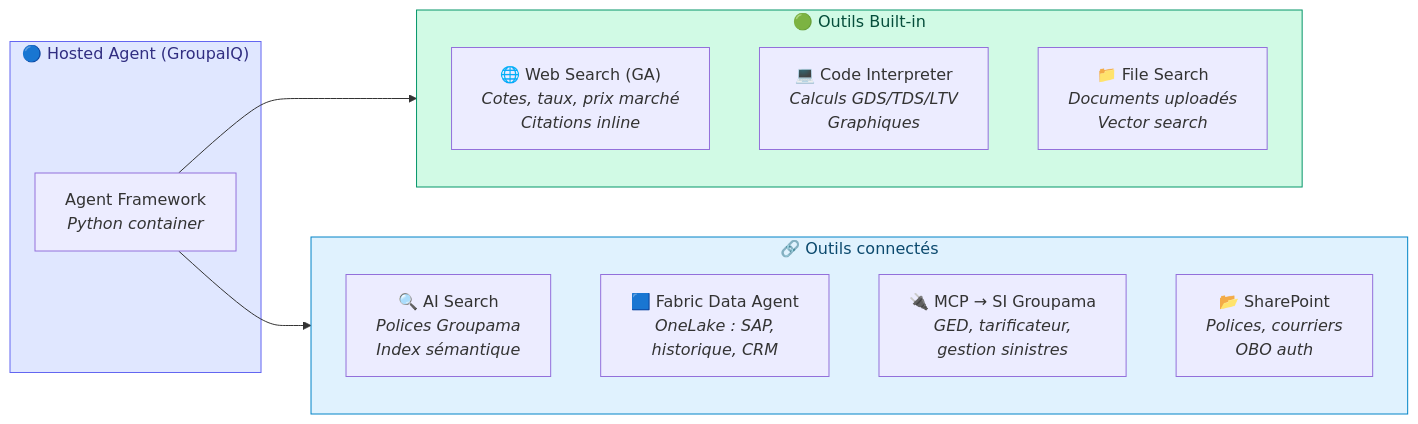
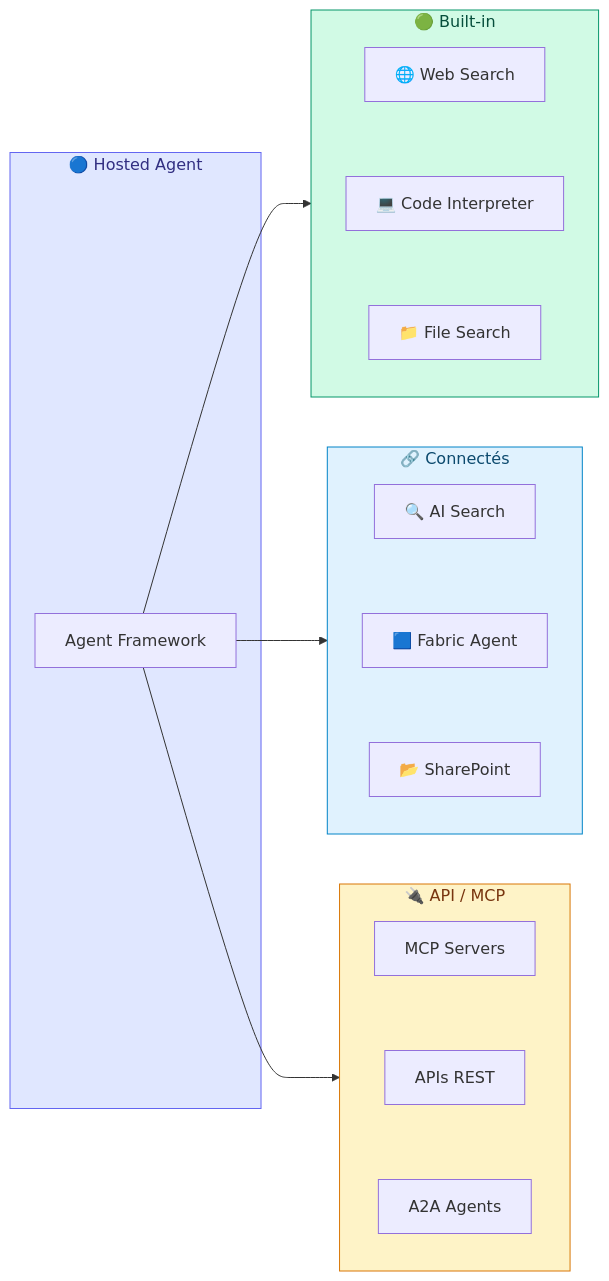
Diagram 11 of 20 in docs/ARCHITECTURE-AGENTIC-V2-TARGET.md (olivMertens/WorkbenchIQ), drawn with Mermaid before and after one commit. The commit also changed other lines of this file and 6 other files, not shown here.

First line of the commit message:
Architecture docs: hybrid strategy, HITL, FAQ data locality, pipeline detail, PDF generator

````diff
--- a/docs/ARCHITECTURE-AGENTIC-V2-TARGET.md
+++ b/docs/ARCHITECTURE-AGENTIC-V2-TARGET.md
@@ -668,28 +508,20 @@
 ```mermaid
 graph LR
-    subgraph HOSTED_AGENT["🔵 Hosted Agent (GroupaIQ)"]
-        AGENT["Agent Framework<br/><i>Python container</i>"]
+    subgraph AGENT["🔵 Hosted Agent"]
+        AF["Agent Framework"]
     end
-
-    subgraph BUILTIN["🟢 Outils Built-in"]
-        direction TB
-        WS["🌐 Web Search (GA)<br/><i>Cotes, taux, prix marché<br/>Citations inline</i>"]
-        CI["💻 Code Interpreter<br/><i>Calculs GDS/TDS/LTV<br/>Graphiques</i>"]
-        FS["📁 File Search<br/><i>Documents uploadés<br/>Vector search</i>"]
+    subgraph BUILTIN["🟢 Built-in"]
+        WS["🌐 Web Search"] ~~~ CI["💻 Code Interpreter"] ~~~ FS["📁 File Search"]
     end
-
-    subgraph CONNECTED["🔗 Outils connectés"]
-        direction TB
-        AIS["🔍 AI Search<br/><i>Polices Groupama<br/>Index sémantique</i>"]
-        FAB["🟦 Fabric Data Agent<br/><i>OneLake : SAP,<br/>historique, CRM</i>"]
-        MCP_SI["🔌 MCP → SI Groupama<br/><i>GED, tarificateur,<br/>gestion sinistres</i>"]
-        SP["📂 SharePoint<br/><i>Polices, courriers<br/>OBO auth</i>"]
+    subgraph CONNECTED["🔗 Connectés"]
+        AIS["🔍 AI Search"] ~~~ FAB["🟦 Fabric Agent"] ~~~ SP["📂 SharePoint"]
     end
-
-    AGENT --> BUILTIN
-    AGENT --> CONNECTED
-
-    style HOSTED_AGENT fill:#e0e7ff,stroke:#6366f1,color:#312e81
+    subgraph APIMCP["🔌 API / MCP"]
+        MCP["MCP Servers"] ~~~ REST["APIs REST"] ~~~ A2A["A2A Agents"]
+    end
+    AF --> BUILTIN & CONNECTED & APIMCP
+    style AGENT fill:#e0e7ff,stroke:#6366f1,color:#312e81
     style BUILTIN fill:#d1fae5,stroke:#059669,color:#064e3b
     style CONNECTED fill:#e0f2fe,stroke:#0284c7,color:#0c4a6e
+    style APIMCP fill:#fef3c7,stroke:#d97706,color:#78350f
 ```
````
